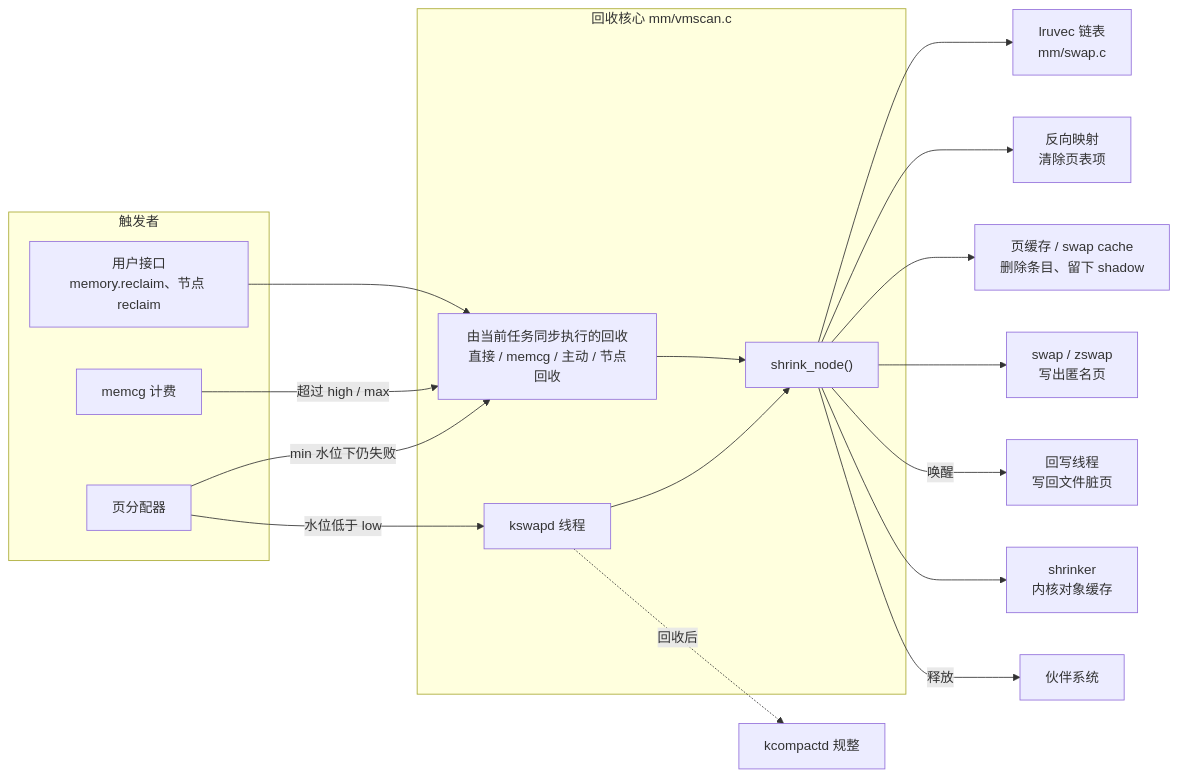
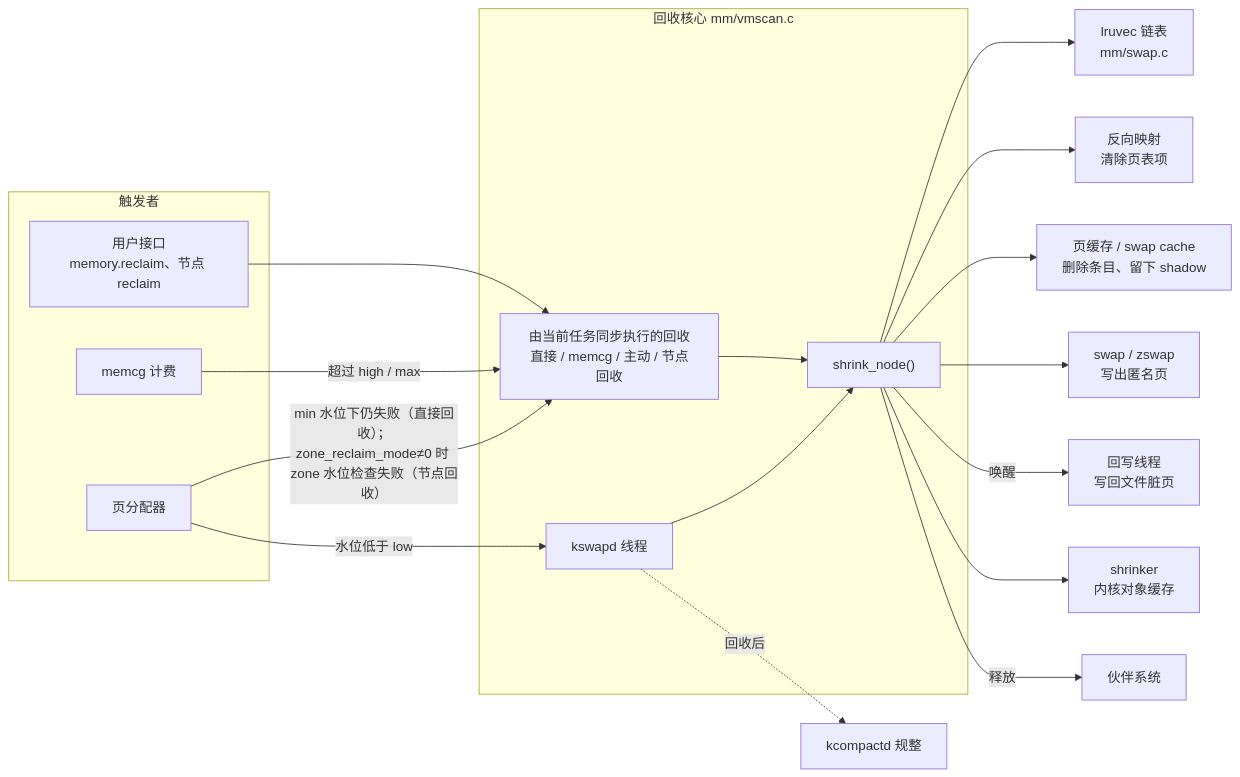
The first of 7 diagrams in book/memory/reclaim.md (linuxperf/linux-study), drawn with Mermaid before and after one commit. The commit also changed other lines of this file and 5 other files, not shown here.

````diff
--- a/book/memory/reclaim.md
+++ b/book/memory/reclaim.md
@@ -72,27 +72,27 @@
 ```mermaid
 flowchart LR
     subgraph T["触发者"]
         PA["页分配器"]
         MC["memcg 计费"]
         UI["用户接口<br/>memory.reclaim、节点 reclaim"]
     end
     subgraph V["回收核心 mm/vmscan.c"]
         K["kswapd 线程"]
         D["由当前任务同步执行的回收<br/>直接 / memcg / 主动 / 节点回收"]
         SN["shrink_node()"]
     end
     PA -->|"水位低于 low"| K
-    PA -->|"min 水位下仍失败"| D
+    PA -->|"min 水位下仍失败（直接回收）；<br/>zone_reclaim_mode≠0 时 zone 水位检查失败（节点回收）"| D
     MC -->|"超过 high / max"| D
     UI --> D
     K --> SN
     D --> SN
     SN --> LRU["lruvec 链表<br/>mm/swap.c"]
     SN --> RMAP["反向映射<br/>清除页表项"]
     SN --> PC["页缓存 / swap cache<br/>删除条目、留下 shadow"]
     SN --> SW["swap / zswap<br/>写出匿名页"]
     SN -->|"唤醒"| WB["回写线程<br/>写回文件脏页"]
     SN --> SH["shrinker<br/>内核对象缓存"]
     SN -->|"释放"| BUDDY["伙伴系统"]
     K -.->|"回收后"| KC["kcompactd 规整"]
 ```
````
